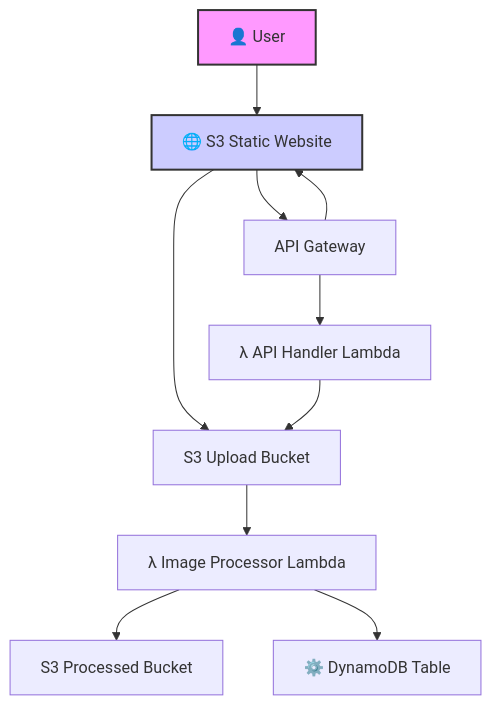
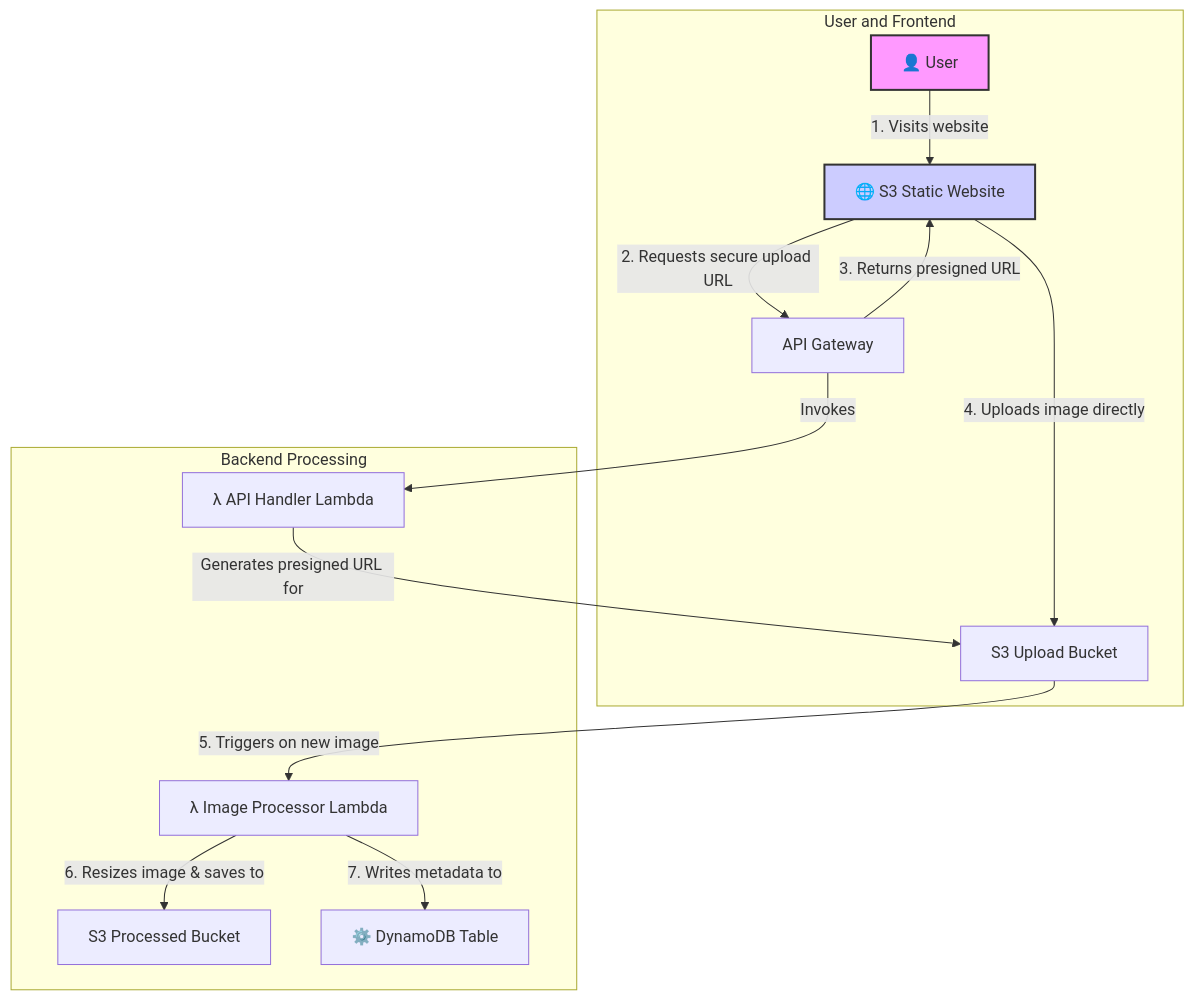
Before and after one commit to medfa12/manara-aws-saa-project: the diagram in README.md, drawn with Mermaid.

Commit message:
fixing graph

````diff
--- a/README.md
+++ b/README.md
@@ -36,17 +36,21 @@
 ```mermaid
 graph TD
-    User[👤 User] --> Frontend[🌐 S3 Static Website]
-    Frontend --> APIGW[API Gateway]
-    APIGW --> Frontend
-    Frontend --> UploadBucket[S3 Upload Bucket]
-    
-    APIGW --> APIHandlerLambda[λ API Handler Lambda]
-    APIHandlerLambda --> UploadBucket
-    
-    UploadBucket --> ImageProcessorLambda[λ Image Processor Lambda]
-    ImageProcessorLambda --> ProcessedBucket[S3 Processed Bucket]
-    ImageProcessorLambda --> DynamoDB[⚙️ DynamoDB Table]
-    
+    subgraph "User and Frontend"
+        User["👤 User"] -- "1. Visits website" --> Frontend["🌐 S3 Static Website"];
+        Frontend -- "2. Requests secure upload URL" --> APIGW["API Gateway"];
+        APIGW -- "3. Returns presigned URL" --> Frontend;
+        Frontend -- "4. Uploads image directly" --> UploadBucket["S3 Upload Bucket"];
+    end
+
+    subgraph "Backend Processing"
+        APIGW -- "Invokes" --> APIHandlerLambda["λ API Handler Lambda"];
+        APIHandlerLambda -- "Generates presigned URL for" --> UploadBucket;
+        
+        UploadBucket -- "5. Triggers on new image" --> ImageProcessorLambda["λ Image Processor Lambda"];
+        ImageProcessorLambda -- "6. Resizes image & saves to" --> ProcessedBucket["S3 Processed Bucket"];
+        ImageProcessorLambda -- "7. Writes metadata to" --> DynamoDB["⚙️ DynamoDB Table"];
+    end
+
     style User fill:#f9f,stroke:#333,stroke-width:2px
     style Frontend fill:#ccf,stroke:#333,stroke-width:2px
 ```
````
